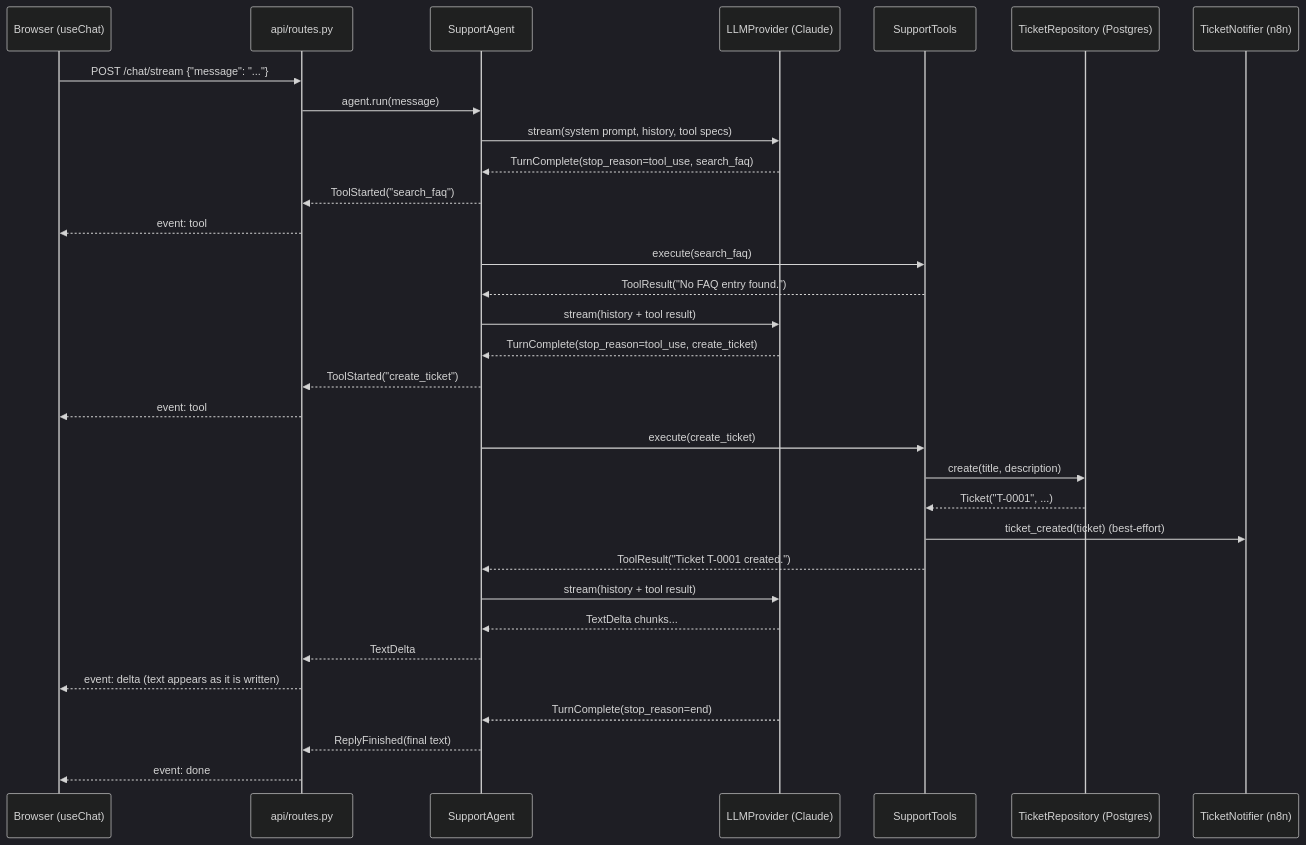
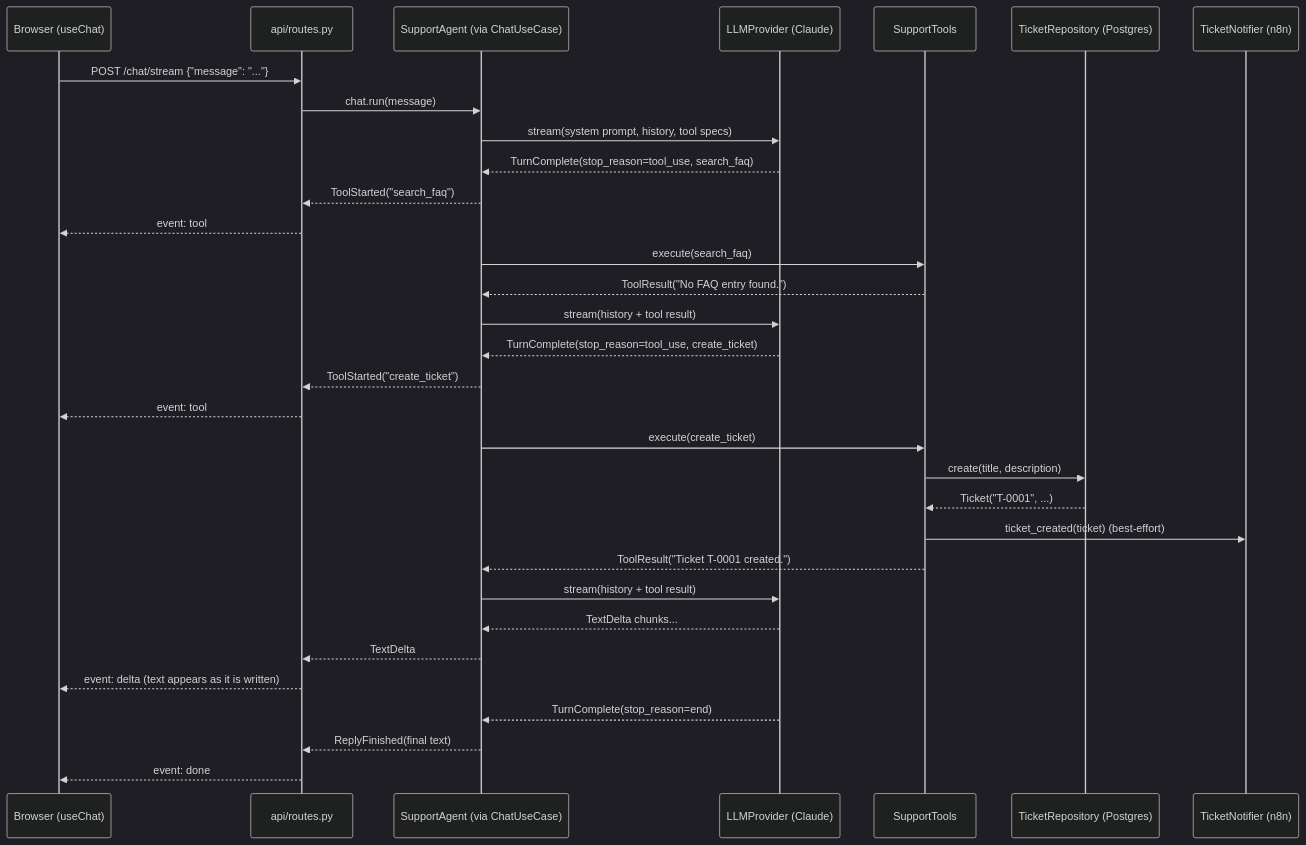
Before and after one commit to Goncar29/ai-support-assistant: the fourth of 4 diagrams in ARCHITECTURE.md, drawn with Mermaid (dark theme). The commit also changed other lines of this file and 8 other files, not shown here.

First line of the commit message:
refactor: add the ChatUseCase driving port so the API never sees SupportAgent

````diff
--- a/ARCHITECTURE.md
+++ b/ARCHITECTURE.md
@@ -90,35 +118,35 @@
 ```mermaid
 sequenceDiagram
     participant B as Browser (useChat)
     participant R as api/routes.py
-    participant A as SupportAgent
+    participant A as SupportAgent (via ChatUseCase)
     participant L as LLMProvider (Claude)
     participant T as SupportTools
     participant D as TicketRepository (Postgres)
     participant N as TicketNotifier (n8n)
 
     B->>R: POST /chat/stream {"message": "..."}
-    R->>A: agent.run(message)
+    R->>A: chat.run(message)
     A->>L: stream(system prompt, history, tool specs)
     L-->>A: TurnComplete(stop_reason=tool_use, search_faq)
     A-->>R: ToolStarted("search_faq")
     R-->>B: event: tool
     A->>T: execute(search_faq)
     T-->>A: ToolResult("No FAQ entry found.")
     A->>L: stream(history + tool result)
     L-->>A: TurnComplete(stop_reason=tool_use, create_ticket)
     A-->>R: ToolStarted("create_ticket")
     R-->>B: event: tool
     A->>T: execute(create_ticket)
     T->>D: create(title, description)
     D-->>T: Ticket("T-0001", ...)
     T->>N: ticket_created(ticket) (best-effort)
     T-->>A: ToolResult("Ticket T-0001 created.")
     A->>L: stream(history + tool result)
     L-->>A: TextDelta chunks...
     A-->>R: TextDelta
     R-->>B: event: delta (text appears as it is written)
     L-->>A: TurnComplete(stop_reason=end)
     A-->>R: ReplyFinished(final text)
     R-->>B: event: done
 ```
````
